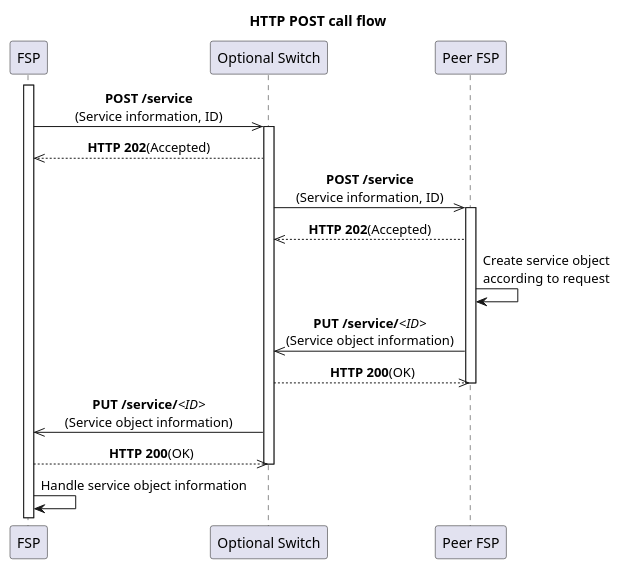
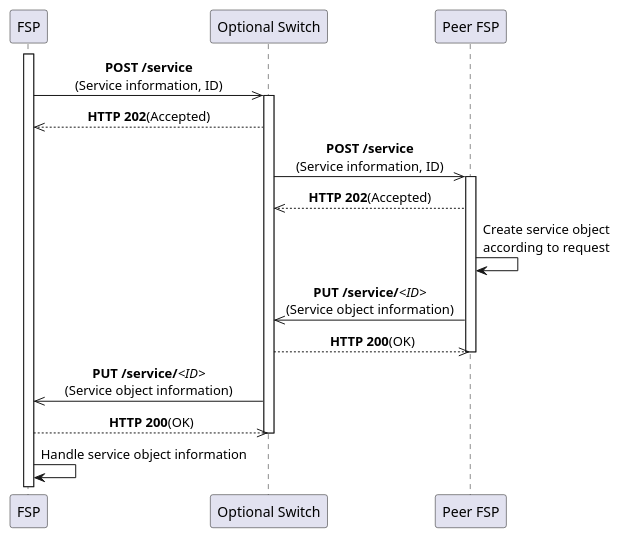
One commit to mojaloop/mojaloop-specification changed the diagram in assets/diagrams/sequence/figure1.plantuml. Above: the diagram before and after it, drawn with PlantUML. The commit also changed 26 other files, not shown here.

Commit message:
Updates to .svg and .plantuml files.

```diff
--- a/assets/diagrams/sequence/figure1.plantuml
+++ b/assets/diagrams/sequence/figure1.plantuml
@@ -25,34 +25,34 @@
 @startuml
 ' declaring skinparam
 skinparam sequenceMessageAlign center
 
 ' declare title
-title HTTP POST call flow
+' title HTTP POST call flow
 
 ' Actor Keys:
 ' participant - FSP or Switch
 
 ' declare actors
 participant "FSP" as FSP
 participant "Optional Switch" as OPTSWITCH
 participant "Peer FSP" as PEERFSP
 
 ' start flow
 
 activate FSP
 FSP ->> OPTSWITCH: **POST /service**\n(Service information, ID)
 activate OPTSWITCH
 FSP <<-- OPTSWITCH: **HTTP 202**(Accepted)
 OPTSWITCH ->> PEERFSP: **POST /service**\n(Service information, ID)
 activate PEERFSP
 OPTSWITCH <<-- PEERFSP: **HTTP 202**(Accepted)
 PEERFSP -> PEERFSP: Create service object\naccording to request
 OPTSWITCH <<- PEERFSP: **PUT /service/**//<ID>//\n(Service object information)
 OPTSWITCH -->> PEERFSP: **HTTP 200**(OK)
 deactivate PEERFSP
 FSP <<- OPTSWITCH: **PUT /service/**//<ID>//\n(Service object information)
 FSP -->> OPTSWITCH: **HTTP 200**(OK)
 deactivate OPTSWITCH
 FSP -> FSP: Handle service object information
 ' deactivate FSP
 @enduml
```
